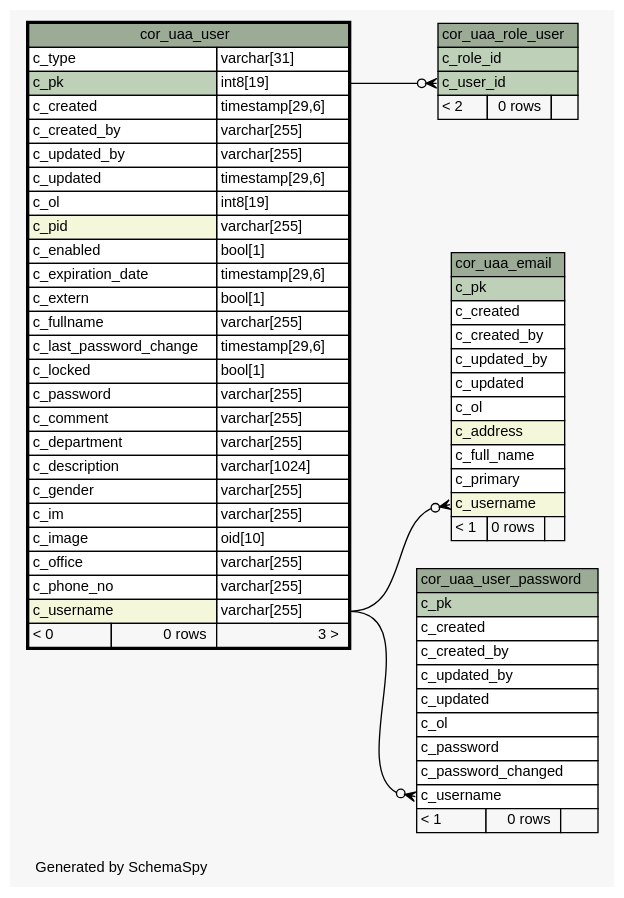
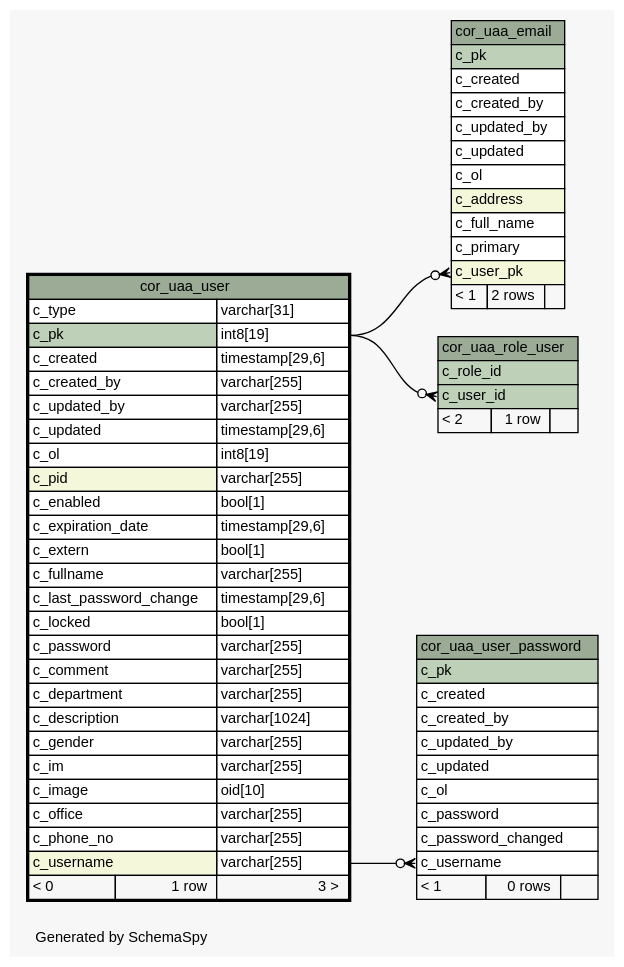
Before and after one commit to openwms/org.openwms.core.uaa: the diagram in 2.0.0-SNAPSHOT/schemaspy/diagrams/cor_uaa_user.1degree.dot, drawn with Graphviz. The commit also changed 309 other files, not shown here.

```diff
--- a/2.0.0-SNAPSHOT/schemaspy/diagrams/cor_uaa_user.1degree.dot
+++ b/2.0.0-SNAPSHOT/schemaspy/diagrams/cor_uaa_user.1degree.dot
@@ -1,106 +1,106 @@
 // dot 2.43.0 on Linux 5.15.0-1020-azure
 // SchemaSpy rev Unknown
 digraph "oneDegreeRelationshipsDiagram" {
   graph [
     rankdir="RL"
     bgcolor="#f7f7f7"
     label="\nGenerated by SchemaSpy"
     labeljust="l"
     nodesep="0.18"
     ranksep="0.46"
     fontname="Helvetica"
     fontsize="11"
   ];
   node [
     fontname="Helvetica"
     fontsize="11"
     shape="plaintext"
   ];
   edge [
     arrowsize="0.8"
   ];
-  "cor_uaa_email":"c_username":w -> "cor_uaa_user":"c_username.type":e [arrowhead=none dir=back arrowtail=crowodot];
+  "cor_uaa_email":"c_user_pk":w -> "cor_uaa_user":"c_pk.type":e [arrowhead=none dir=back arrowtail=crowodot];
   "cor_uaa_role_user":"c_user_id":w -> "cor_uaa_user":"c_pk.type":e [arrowhead=none dir=back arrowtail=crowodot];
   "cor_uaa_user_password":"c_username":w -> "cor_uaa_user":"c_username.type":e [arrowhead=none dir=back arrowtail=crowodot];
   "cor_uaa_email" [
     label=<
     <TABLE BORDER="0" CELLBORDER="1" CELLSPACING="0" BGCOLOR="#ffffff">
       <TR><TD COLSPAN="3" BGCOLOR="#9bab96" ALIGN="CENTER">cor_uaa_email</TD></TR>
       <TR><TD PORT="c_pk" COLSPAN="3" BGCOLOR="#bed1b8" ALIGN="LEFT">c_pk</TD></TR>
       <TR><TD PORT="c_created" COLSPAN="3" ALIGN="LEFT">c_created</TD></TR>
       <TR><TD PORT="c_created_by" COLSPAN="3" ALIGN="LEFT">c_created_by</TD></TR>
       <TR><TD PORT="c_updated_by" COLSPAN="3" ALIGN="LEFT">c_updated_by</TD></TR>
       <TR><TD PORT="c_updated" COLSPAN="3" ALIGN="LEFT">c_updated</TD></TR>
       <TR><TD PORT="c_ol" COLSPAN="3" ALIGN="LEFT">c_ol</TD></TR>
       <TR><TD PORT="c_address" COLSPAN="3" BGCOLOR="#f4f7da" ALIGN="LEFT">c_address</TD></TR>
       <TR><TD PORT="c_full_name" COLSPAN="3" ALIGN="LEFT">c_full_name</TD></TR>
       <TR><TD PORT="c_primary" COLSPAN="3" ALIGN="LEFT">c_primary</TD></TR>
-      <TR><TD PORT="c_username" COLSPAN="3" BGCOLOR="#f4f7da" ALIGN="LEFT">c_username</TD></TR>
-      <TR><TD ALIGN="LEFT" BGCOLOR="#f7f7f7">&lt; 1</TD><TD ALIGN="RIGHT" BGCOLOR="#f7f7f7">0 rows</TD><TD ALIGN="RIGHT" BGCOLOR="#f7f7f7">  </TD></TR>
+      <TR><TD PORT="c_user_pk" COLSPAN="3" BGCOLOR="#f4f7da" ALIGN="LEFT">c_user_pk</TD></TR>
+      <TR><TD ALIGN="LEFT" BGCOLOR="#f7f7f7">&lt; 1</TD><TD ALIGN="RIGHT" BGCOLOR="#f7f7f7">2 rows</TD><TD ALIGN="RIGHT" BGCOLOR="#f7f7f7">  </TD></TR>
     </TABLE>>
     URL="cor_uaa_email.html"
     tooltip="cor_uaa_email"
   ];
   "cor_uaa_role_user" [
     label=<
     <TABLE BORDER="0" CELLBORDER="1" CELLSPACING="0" BGCOLOR="#ffffff">
       <TR><TD COLSPAN="3" BGCOLOR="#9bab96" ALIGN="CENTER">cor_uaa_role_user</TD></TR>
       <TR><TD PORT="c_role_id" COLSPAN="3" BGCOLOR="#bed1b8" ALIGN="LEFT">c_role_id</TD></TR>
       <TR><TD PORT="c_user_id" COLSPAN="3" BGCOLOR="#bed1b8" ALIGN="LEFT">c_user_id</TD></TR>
-      <TR><TD ALIGN="LEFT" BGCOLOR="#f7f7f7">&lt; 2</TD><TD ALIGN="RIGHT" BGCOLOR="#f7f7f7">0 rows</TD><TD ALIGN="RIGHT" BGCOLOR="#f7f7f7">  </TD></TR>
+      <TR><TD ALIGN="LEFT" BGCOLOR="#f7f7f7">&lt; 2</TD><TD ALIGN="RIGHT" BGCOLOR="#f7f7f7">1 row</TD><TD ALIGN="RIGHT" BGCOLOR="#f7f7f7">  </TD></TR>
     </TABLE>>
     URL="cor_uaa_role_user.html"
     tooltip="cor_uaa_role_user"
   ];
   "cor_uaa_user" [
     label=<
     <TABLE BORDER="2" CELLBORDER="1" CELLSPACING="0" BGCOLOR="#ffffff">
       <TR><TD COLSPAN="3" BGCOLOR="#9bab96" ALIGN="CENTER">cor_uaa_user</TD></TR>
       <TR><TD PORT="c_type" COLSPAN="2" ALIGN="LEFT">c_type</TD><TD PORT="c_type.type" ALIGN="LEFT">varchar[31]</TD></TR>
       <TR><TD PORT="c_pk" COLSPAN="2" BGCOLOR="#bed1b8" ALIGN="LEFT">c_pk</TD><TD PORT="c_pk.type" ALIGN="LEFT">int8[19]</TD></TR>
       <TR><TD PORT="c_created" COLSPAN="2" ALIGN="LEFT">c_created</TD><TD PORT="c_created.type" ALIGN="LEFT">timestamp[29,6]</TD></TR>
       <TR><TD PORT="c_created_by" COLSPAN="2" ALIGN="LEFT">c_created_by</TD><TD PORT="c_created_by.type" ALIGN="LEFT">varchar[255]</TD></TR>
       <TR><TD PORT="c_updated_by" COLSPAN="2" ALIGN="LEFT">c_updated_by</TD><TD PORT="c_updated_by.type" ALIGN="LEFT">varchar[255]</TD></TR>
       <TR><TD PORT="c_updated" COLSPAN="2" ALIGN="LEFT">c_updated</TD><TD PORT="c_updated.type" ALIGN="LEFT">timestamp[29,6]</TD></TR>
       <TR><TD PORT="c_ol" COLSPAN="2" ALIGN="LEFT">c_ol</TD><TD PORT="c_ol.type" ALIGN="LEFT">int8[19]</TD></TR>
       <TR><TD PORT="c_pid" COLSPAN="2" BGCOLOR="#f4f7da" ALIGN="LEFT">c_pid</TD><TD PORT="c_pid.type" ALIGN="LEFT">varchar[255]</TD></TR>
       <TR><TD PORT="c_enabled" COLSPAN="2" ALIGN="LEFT">c_enabled</TD><TD PORT="c_enabled.type" ALIGN="LEFT">bool[1]</TD></TR>
       <TR><TD PORT="c_expiration_date" COLSPAN="2" ALIGN="LEFT">c_expiration_date</TD><TD PORT="c_expiration_date.type" ALIGN="LEFT">timestamp[29,6]</TD></TR>
       <TR><TD PORT="c_extern" COLSPAN="2" ALIGN="LEFT">c_extern</TD><TD PORT="c_extern.type" ALIGN="LEFT">bool[1]</TD></TR>
       <TR><TD PORT="c_fullname" COLSPAN="2" ALIGN="LEFT">c_fullname</TD><TD PORT="c_fullname.type" ALIGN="LEFT">varchar[255]</TD></TR>
       <TR><TD PORT="c_last_password_change" COLSPAN="2" ALIGN="LEFT">c_last_password_change</TD><TD PORT="c_last_password_change.type" ALIGN="LEFT">timestamp[29,6]</TD></TR>
       <TR><TD PORT="c_locked" COLSPAN="2" ALIGN="LEFT">c_locked</TD><TD PORT="c_locked.type" ALIGN="LEFT">bool[1]</TD></TR>
       <TR><TD PORT="c_password" COLSPAN="2" ALIGN="LEFT">c_password</TD><TD PORT="c_password.type" ALIGN="LEFT">varchar[255]</TD></TR>
       <TR><TD PORT="c_comment" COLSPAN="2" ALIGN="LEFT">c_comment</TD><TD PORT="c_comment.type" ALIGN="LEFT">varchar[255]</TD></TR>
       <TR><TD PORT="c_department" COLSPAN="2" ALIGN="LEFT">c_department</TD><TD PORT="c_department.type" ALIGN="LEFT">varchar[255]</TD></TR>
       <TR><TD PORT="c_description" COLSPAN="2" ALIGN="LEFT">c_description</TD><TD PORT="c_description.type" ALIGN="LEFT">varchar[1024]</TD></TR>
       <TR><TD PORT="c_gender" COLSPAN="2" ALIGN="LEFT">c_gender</TD><TD PORT="c_gender.type" ALIGN="LEFT">varchar[255]</TD></TR>
       <TR><TD PORT="c_im" COLSPAN="2" ALIGN="LEFT">c_im</TD><TD PORT="c_im.type" ALIGN="LEFT">varchar[255]</TD></TR>
       <TR><TD PORT="c_image" COLSPAN="2" ALIGN="LEFT">c_image</TD><TD PORT="c_image.type" ALIGN="LEFT">oid[10]</TD></TR>
       <TR><TD PORT="c_office" COLSPAN="2" ALIGN="LEFT">c_office</TD><TD PORT="c_office.type" ALIGN="LEFT">varchar[255]</TD></TR>
       <TR><TD PORT="c_phone_no" COLSPAN="2" ALIGN="LEFT">c_phone_no</TD><TD PORT="c_phone_no.type" ALIGN="LEFT">varchar[255]</TD></TR>
       <TR><TD PORT="c_username" COLSPAN="2" BGCOLOR="#f4f7da" ALIGN="LEFT">c_username</TD><TD PORT="c_username.type" ALIGN="LEFT">varchar[255]</TD></TR>
-      <TR><TD ALIGN="LEFT" BGCOLOR="#f7f7f7">&lt; 0</TD><TD ALIGN="RIGHT" BGCOLOR="#f7f7f7">0 rows</TD><TD ALIGN="RIGHT" BGCOLOR="#f7f7f7">3 &gt;</TD></TR>
+      <TR><TD ALIGN="LEFT" BGCOLOR="#f7f7f7">&lt; 0</TD><TD ALIGN="RIGHT" BGCOLOR="#f7f7f7">1 row</TD><TD ALIGN="RIGHT" BGCOLOR="#f7f7f7">3 &gt;</TD></TR>
     </TABLE>>
     URL="cor_uaa_user.html"
     tooltip="cor_uaa_user"
   ];
   "cor_uaa_user_password" [
     label=<
     <TABLE BORDER="0" CELLBORDER="1" CELLSPACING="0" BGCOLOR="#ffffff">
       <TR><TD COLSPAN="3" BGCOLOR="#9bab96" ALIGN="CENTER">cor_uaa_user_password</TD></TR>
       <TR><TD PORT="c_pk" COLSPAN="3" BGCOLOR="#bed1b8" ALIGN="LEFT">c_pk</TD></TR>
       <TR><TD PORT="c_created" COLSPAN="3" ALIGN="LEFT">c_created</TD></TR>
       <TR><TD PORT="c_created_by" COLSPAN="3" ALIGN="LEFT">c_created_by</TD></TR>
       <TR><TD PORT="c_updated_by" COLSPAN="3" ALIGN="LEFT">c_updated_by</TD></TR>
       <TR><TD PORT="c_updated" COLSPAN="3" ALIGN="LEFT">c_updated</TD></TR>
       <TR><TD PORT="c_ol" COLSPAN="3" ALIGN="LEFT">c_ol</TD></TR>
       <TR><TD PORT="c_password" COLSPAN="3" ALIGN="LEFT">c_password</TD></TR>
       <TR><TD PORT="c_password_changed" COLSPAN="3" ALIGN="LEFT">c_password_changed</TD></TR>
       <TR><TD PORT="c_username" COLSPAN="3" ALIGN="LEFT">c_username</TD></TR>
       <TR><TD ALIGN="LEFT" BGCOLOR="#f7f7f7">&lt; 1</TD><TD ALIGN="RIGHT" BGCOLOR="#f7f7f7">0 rows</TD><TD ALIGN="RIGHT" BGCOLOR="#f7f7f7">  </TD></TR>
     </TABLE>>
     URL="cor_uaa_user_password.html"
     tooltip="cor_uaa_user_password"
   ];
 }
```
